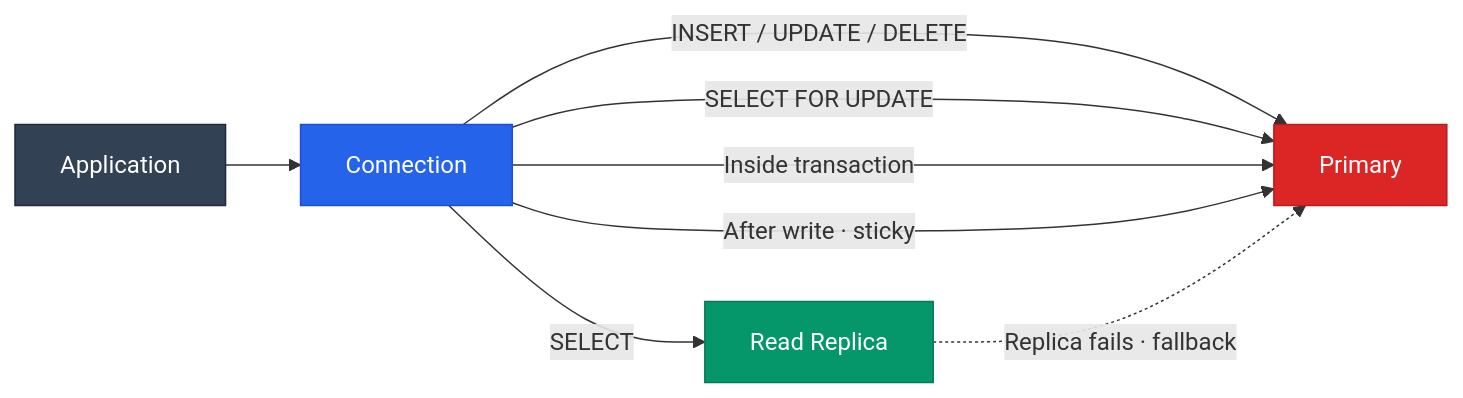
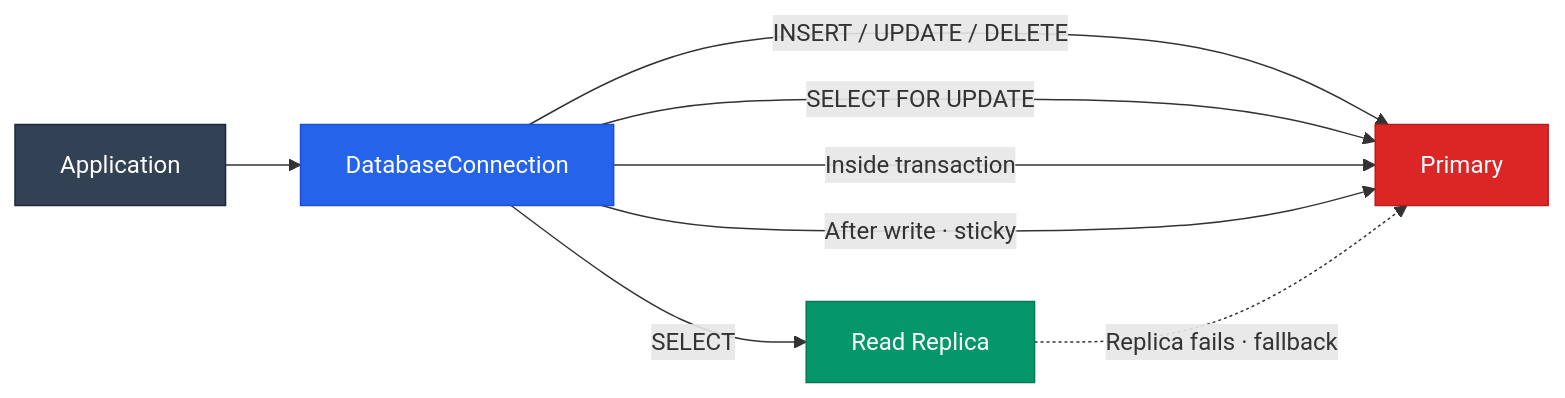
Before and after one commit to phpdot/database: the second of 4 diagrams in README.md, drawn with Mermaid. The commit also changed other lines of this file and 21 other files, not shown here.

First line of the commit message:
Rename Connection to DatabaseConnection, ConnectionConnector to DatabaseConnector

````diff
--- a/README.md
+++ b/README.md
@@ -100,16 +100,16 @@
 ```mermaid
 graph LR
-    APP[Application] --> CONN[Connection]
+    APP[Application] --> CONN[DatabaseConnection]
 
     CONN -->|SELECT| READ[Read Replica]
     CONN -->|INSERT / UPDATE / DELETE| WRITE[Primary]
     CONN -->|SELECT FOR UPDATE| WRITE
     CONN -->|Inside transaction| WRITE
     CONN -->|After write · sticky| WRITE
     READ -.->|Replica fails · fallback| WRITE
 
     style APP fill:#334155,stroke:#1e293b,color:#fff
     style CONN fill:#2563eb,stroke:#1d4ed8,color:#fff
     style READ fill:#059669,stroke:#047857,color:#fff
     style WRITE fill:#dc2626,stroke:#b91c1c,color:#fff
 ```
````
